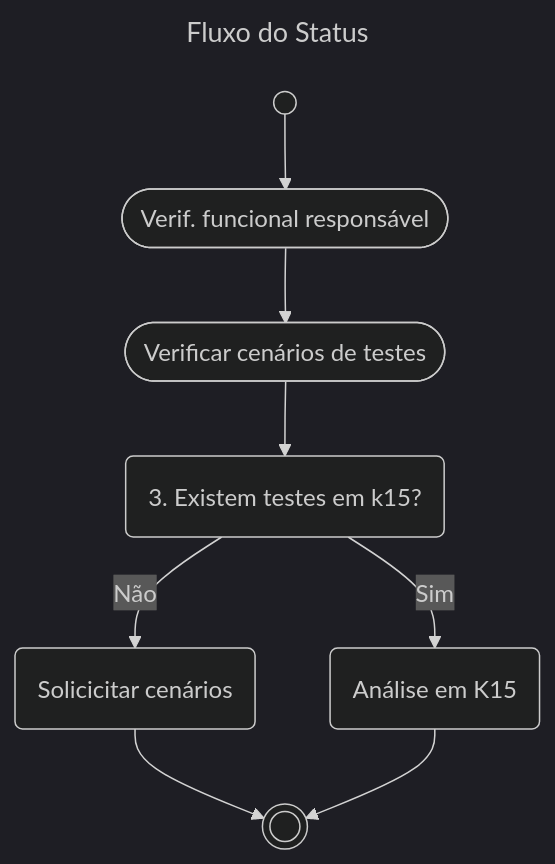
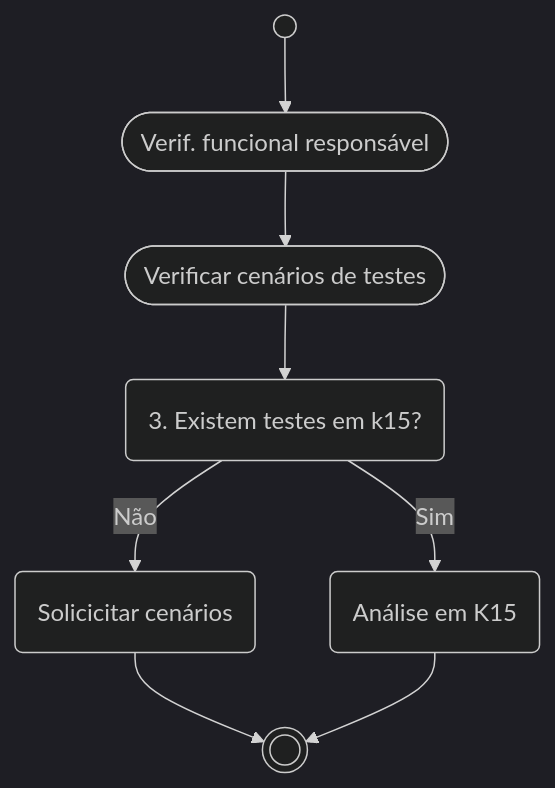
The third of 3 diagrams in README.md (edmilson-nascimento/Quermesse), drawn with Mermaid (dark theme) before and after one commit. The commit also changed other lines of this file, not shown here.

````diff
--- a/README.md
+++ b/README.md
@@ -97,21 +88,13 @@
 ```mermaid
----
-title: Fluxo do Status
----
-
 flowchart TB
-%% flowchart TB
-%% flowchart LR
-
 start((" "))    --> verifFuncional([Verif. funcional responsável])
 verifFuncional  --> verifCenarios([Verificar cenários de testes])
 
     verifCenarios   --> existTestK15(3. Existem testes em k15?)
     existTestK15    --  Não --> solicitarK15(Solicicitar cenários)
 
     solicitarK15    --> End
     existTestK15--  Sim --> avaliarK15(Análise em K15)
 
 avaliarK15      --> End(((" ")))
-
 ```
````
